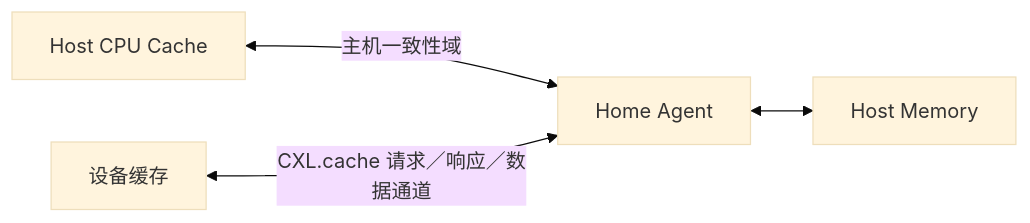
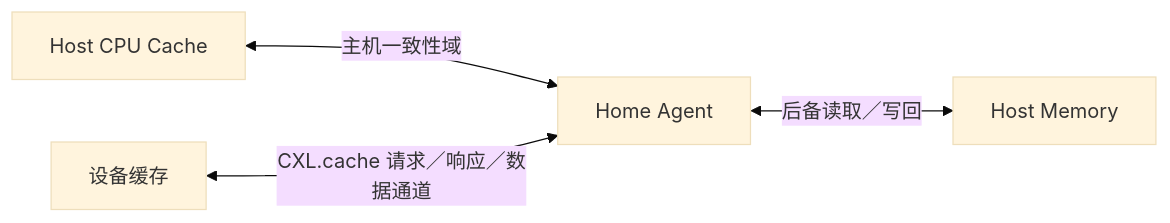
One commit to FormingSystem/linux_note changed the first of 2 diagrams in knowledge/foundations/computer_architecture/cache_coherence/P09_CXL.cache_与设备一致性.md. Above: the diagram before and after it, drawn with Mermaid (base theme). The commit also changed other lines of this file and 10 other files, not shown here.

First line of the commit message:
content(architecture/cache): 重建缓存一致性事务与硬件职责的因果讲解

````diff
--- a/knowledge/foundations/computer_architecture/cache_coherence/P09_CXL.cache_与设备一致性.md
+++ b/knowledge/foundations/computer_architecture/cache_coherence/P09_CXL.cache_与设备一致性.md
@@ -20,6 +24,6 @@
 ```mermaid
 flowchart LR
     CPU[Host CPU Cache] <-->|主机一致性域| HA[Home Agent]
     DEV[设备缓存] <-->|CXL.cache 请求／响应／数据通道| HA
-    HA <--> MEM[Host Memory]
+    HA <-->|后备读取／写回| MEM[Host Memory]
 ```
````
